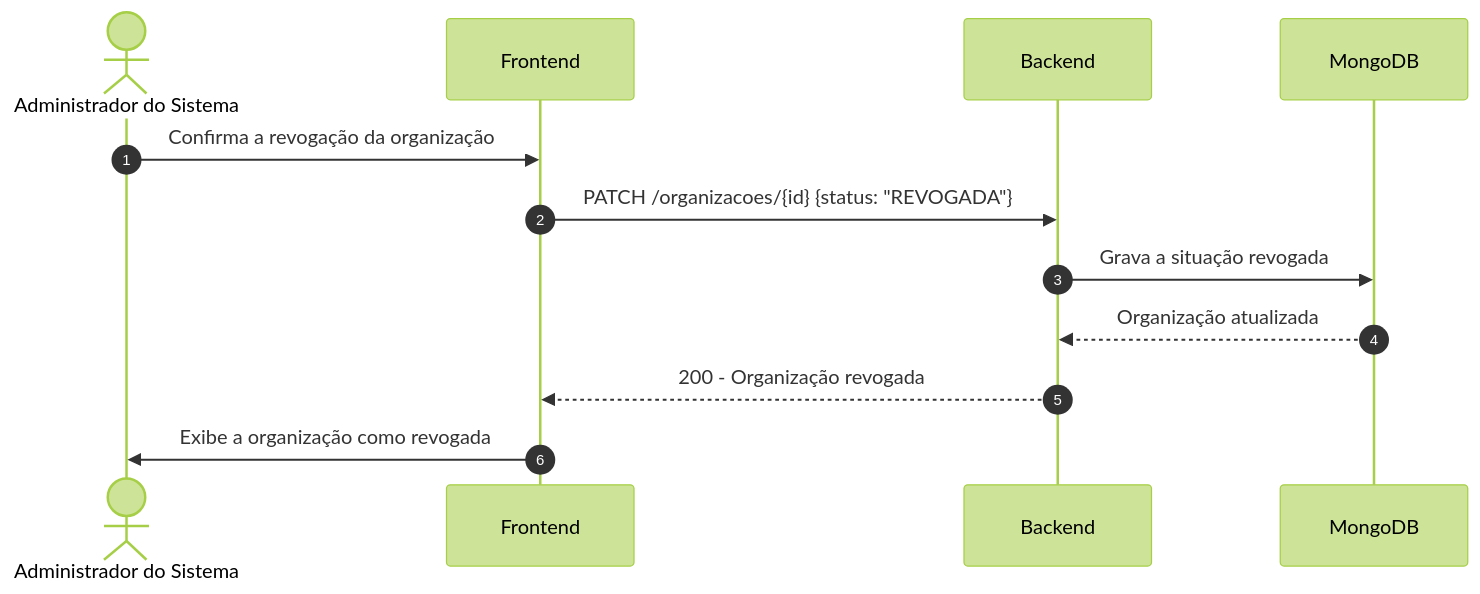
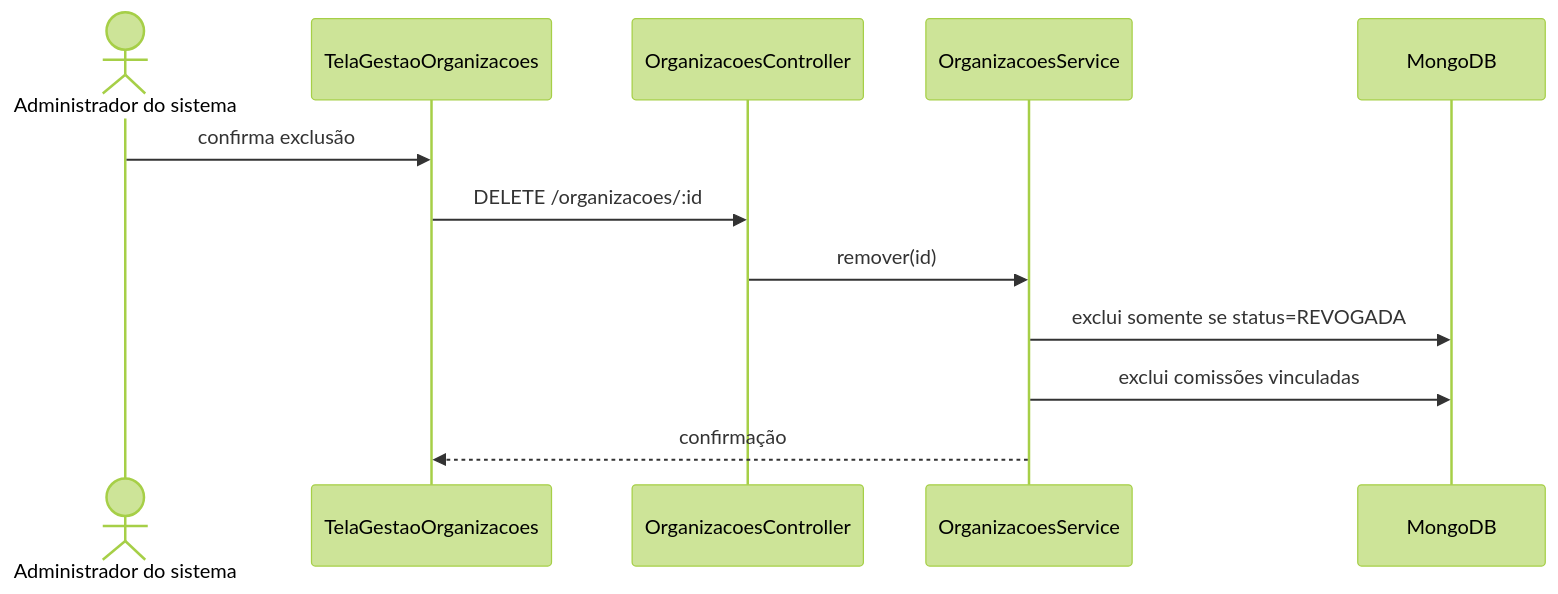
The fourth of 8 diagrams in 2 - Incremento1/cadastro-organizacao/6 - diagramas-sequencia-cadastro-organizacao.md (Conecta-IFSP/DOCUMENTATION), drawn with Mermaid (forest theme) before and after one commit. The commit also changed other lines of this file and 43 other files, not shown here.

````diff
--- a/2 - Incremento1/cadastro-organizacao/6 - diagramas-sequencia-cadastro-organizacao.md
+++ b/2 - Incremento1/cadastro-organizacao/6 - diagramas-sequencia-cadastro-organizacao.md
@@ -61,15 +56,14 @@
 ```mermaid
 sequenceDiagram
-    autonumber
-    actor AdminSis as Administrador do Sistema
-    participant Front as Frontend
-    participant API as Backend
+    actor A as Administrador do sistema
+    participant T as TelaGestaoOrganizacoes
+    participant C as OrganizacoesController
+    participant S as OrganizacoesService
     participant DB as MongoDB
-
-    AdminSis->>Front: Confirma a revogação da organização
-    Front->>API: PATCH /organizacoes/{id} {status: "REVOGADA"}
-    API->>DB: Grava a situação revogada
-    DB-->>API: Organização atualizada
-    API-->>Front: 200 - Organização revogada
-    Front->>AdminSis: Exibe a organização como revogada
+    A->>T: confirma exclusão
+    T->>C: DELETE /organizacoes/:id
+    C->>S: remover(id)
+    S->>DB: exclui somente se status=REVOGADA
+    S->>DB: exclui comissões vinculadas
+    S-->>T: confirmação
 ```
````
